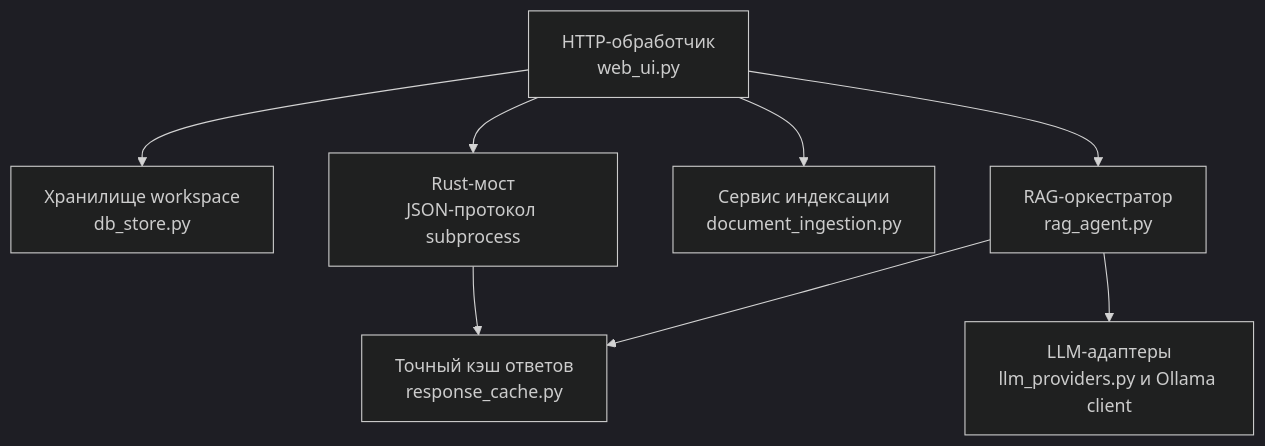
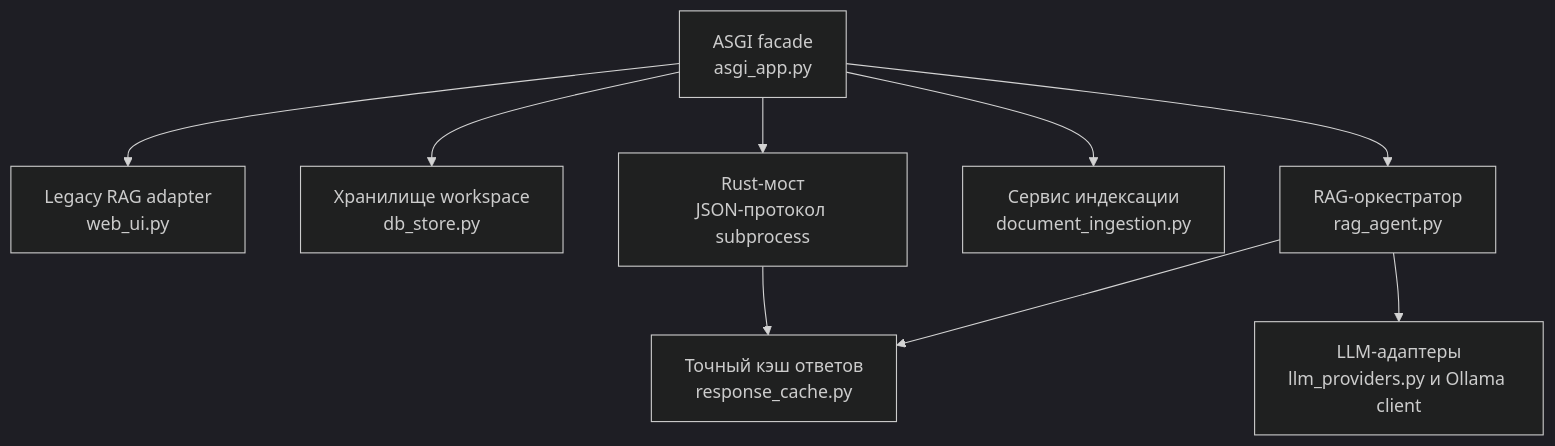
One commit to Gotrik1/rag_llm changed the third of 8 diagrams in architecture.md. Above: the diagram before and after it, drawn with Mermaid (dark theme). The commit also changed other lines of this file and 15 other files, not shown here.

````diff
--- a/architecture.md
+++ b/architecture.md
@@ -83,18 +91,20 @@
 ```mermaid
 flowchart TB
-    H["HTTP-обработчик\nweb_ui.py"]
+    H["ASGI facade\nasgi_app.py"]
+    G["Legacy RAG adapter\nweb_ui.py"]
     W["Хранилище workspace\ndb_store.py"]
     O["RAG-оркестратор\nrag_agent.py"]
     I["Сервис индексации\ndocument_ingestion.py"]
     K["Точный кэш ответов\nresponse_cache.py"]
     L["LLM-адаптеры\nllm_providers.py и Ollama client"]
     X["Rust-мост\nJSON-протокол subprocess"]
 
     H --> W
+    H --> G
     H --> O
     H --> I
     H --> X
     O --> K
     O --> L
     X --> K
 ```
````
